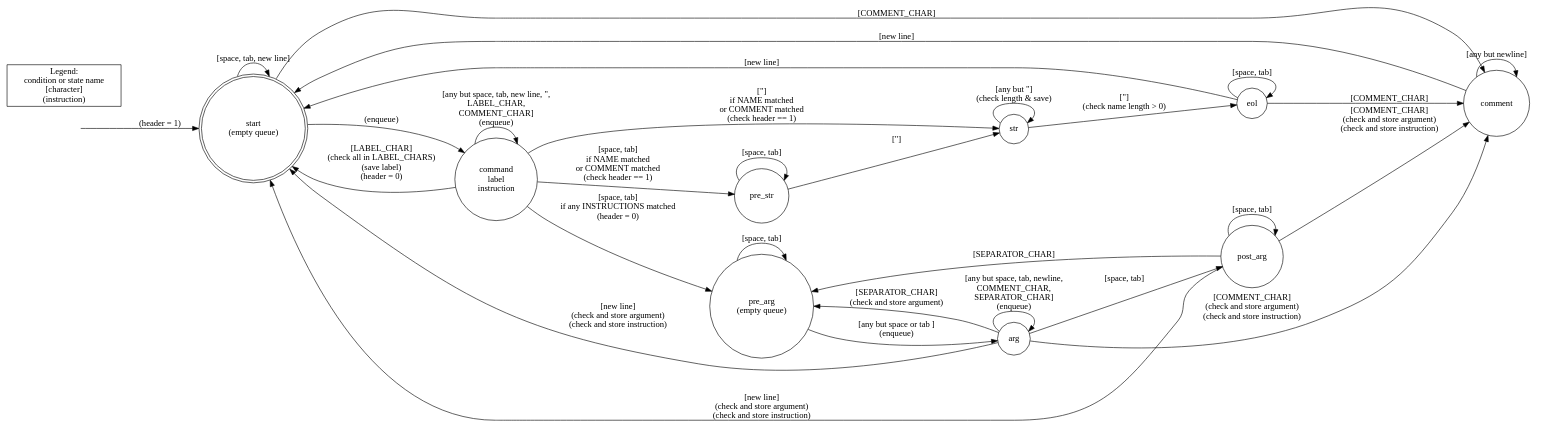
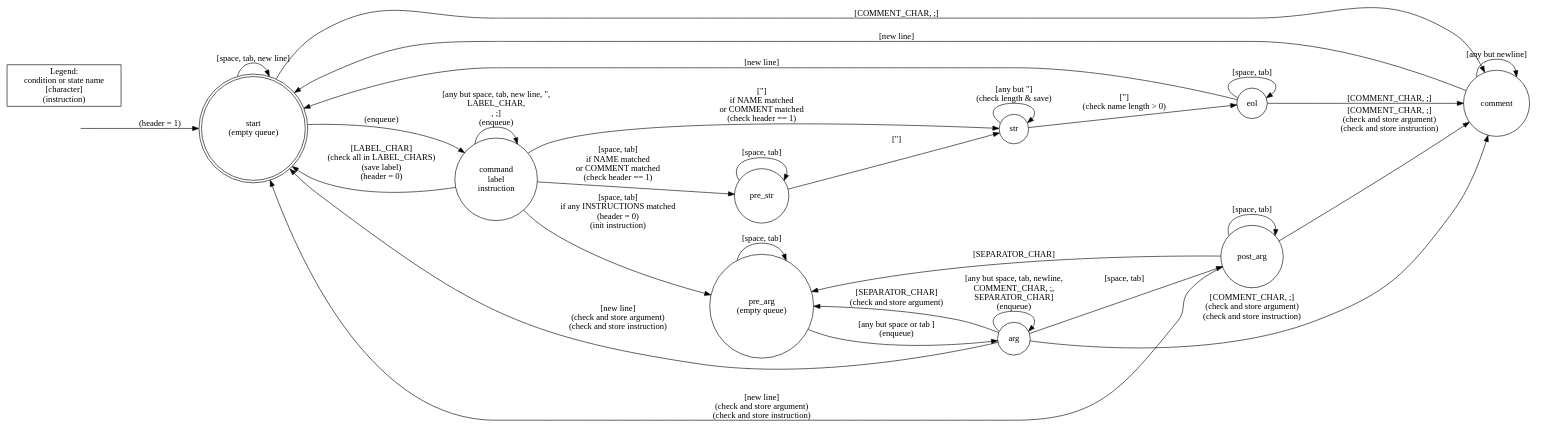
Before and after one commit to KoderMAL/corewar: the diagram in src/parsing/graph.gv, drawn with Graphviz. The commit also changed 1 other file, not shown here.

Commit message:
updated graph

```diff
--- a/src/parsing/graph.gv
+++ b/src/parsing/graph.gv
@@ -1,42 +1,42 @@
 digraph finite_state_machine {
     rankdir=LR;
 
     node [shape = doublecircle]; start;
     node [shape = circle];
 
     entrance [ shape = none, label = "" ]
     entrance ->start [ label = "(header = 1)" ]
     start [ label = "start\n(empty queue)" ]
     start -> start [ label = "[space, tab, new line]" ];
-    start -> comment [ label = "[COMMENT_CHAR]" ]
+    start -> comment [ label = "[COMMENT_CHAR, ;]" ]
     command [ label = "command\nlabel\ninstruction" ]
     start -> command [ label = "(enqueue)" ];
-    command -> command [ label = "[any but space, tab, new line, \",\nLABEL_CHAR,\nCOMMENT_CHAR]\n(enqueue)" ]
+    command -> command [ label = "[any but space, tab, new line, \",\nLABEL_CHAR,\n, ;]\n(enqueue)" ]
     command -> pre_str [ label = "[space, tab]\nif NAME matched\nor COMMENT matched\n(check header == 1)" ]
     command -> str [ label = "[\"]\nif NAME matched\nor COMMENT matched\n(check header == 1)" ]
     pre_str -> pre_str [ label = "[space, tab]" ]
     pre_str -> str [ label = "[\"]" ]
     str -> str [ label = "[any but \"]\n(check length & save)" ]
     str -> eol [ label = "[\"]\n(check name length > 0)" ]
     eol -> eol [ label = "[space, tab]" ]
-    eol -> comment [ label = "[COMMENT_CHAR]" ]
+    eol -> comment [ label = "[COMMENT_CHAR, ;]" ]
     comment -> comment [ label = "[any but newline]" ]
     eol -> start [ label = "[new line]" ]
     comment -> start [ label = "[new line]" ]
     command -> start [ label = "[LABEL_CHAR]\n(check all in LABEL_CHARS)\n(save label)\n(header = 0)" ]
     pre_arg [ label = "pre_arg\n(empty queue)" ]
-    command -> pre_arg [ label = "[space, tab]\nif any INSTRUCTIONS matched\n(header = 0)\n" ]
+    command -> pre_arg [ label = "[space, tab]\nif any INSTRUCTIONS matched\n(header = 0)\n(init instruction)" ]
     pre_arg -> pre_arg [ label = "[space, tab]" ]
     pre_arg -> arg [ label = "[any but space or tab ]\n(enqueue)" ]
-    arg -> arg [ label = "[any but space, tab, newline,\nCOMMENT_CHAR,\nSEPARATOR_CHAR]\n(enqueue)" ]
+    arg -> arg [ label = "[any but space, tab, newline,\nCOMMENT_CHAR, ;,\nSEPARATOR_CHAR]\n(enqueue)" ]
     arg -> pre_arg [ label = "[SEPARATOR_CHAR]\n(check and store argument)" ]
     arg -> post_arg [ label = "[space, tab]" ]
     post_arg -> post_arg [ label = "[space, tab]" ]
     post_arg -> pre_arg [ label = "[SEPARATOR_CHAR]" ]
-    post_arg -> comment [ label = "[COMMENT_CHAR]\n(check and store argument)\n(check and store instruction)" ]
+    post_arg -> comment [ label = "[COMMENT_CHAR, ;]\n(check and store argument)\n(check and store instruction)" ]
     post_arg -> start [ label = "[new line]\n(check and store argument)\n(check and store instruction)" ]
-    arg -> comment [ label = "[COMMENT_CHAR]\n(check and store argument)\n(check and store instruction)" ]
+    arg -> comment [ label = "[COMMENT_CHAR, ;]\n(check and store argument)\n(check and store instruction)" ]
     arg -> start [ label = "[new line]\n(check and store argument)\n(check and store instruction)" ]
 
     legend[ shape = rectangle, label = "Legend:\ncondition or state name\n[character]\n(instruction)" ]
 }
```
